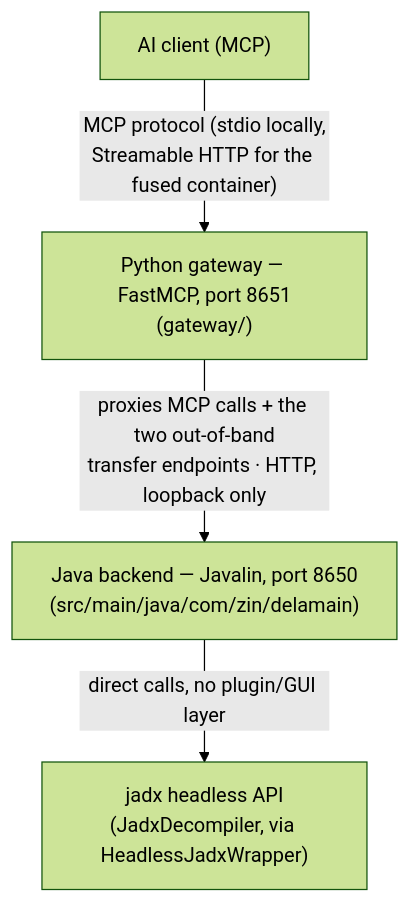
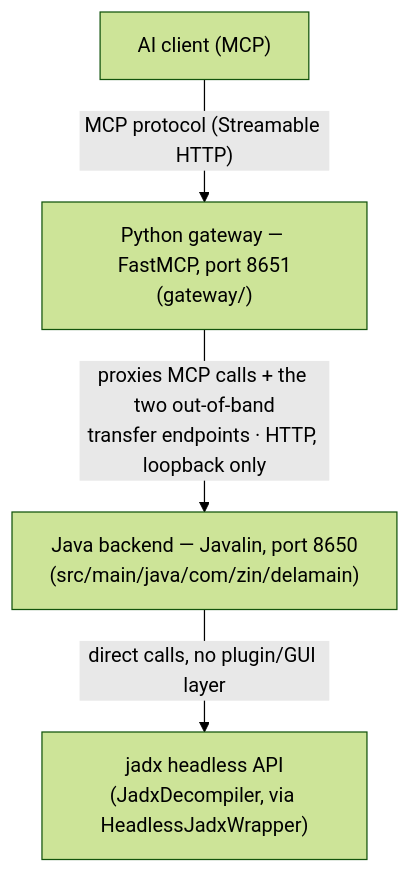
The diagram in docs/architecture-reference.md (xjoker/delamain), drawn with Mermaid (forest theme) before and after one commit. The commit also changed 5 other files, not shown here.

````diff
--- a/docs/architecture-reference.md
+++ b/docs/architecture-reference.md
@@ -9,7 +9,7 @@
 ```mermaid
 flowchart TD
-    A["AI client (MCP)"] -->|"MCP protocol (stdio locally,<br/>Streamable HTTP for the fused container)"| B
+    A["AI client (MCP)"] -->|"MCP protocol (Streamable HTTP)"| B
     B["Python gateway — FastMCP, port 8651<br/>(gateway/)"] -->|"proxies MCP calls + the two out-of-band<br/>transfer endpoints · HTTP, loopback only"| C
     C["Java backend — Javalin, port 8650<br/>(src/main/java/com/zin/delamain)"] -->|"direct calls, no plugin/GUI layer"| D
     D["jadx headless API<br/>(JadxDecompiler, via HeadlessJadxWrapper)"]
 ```
````
